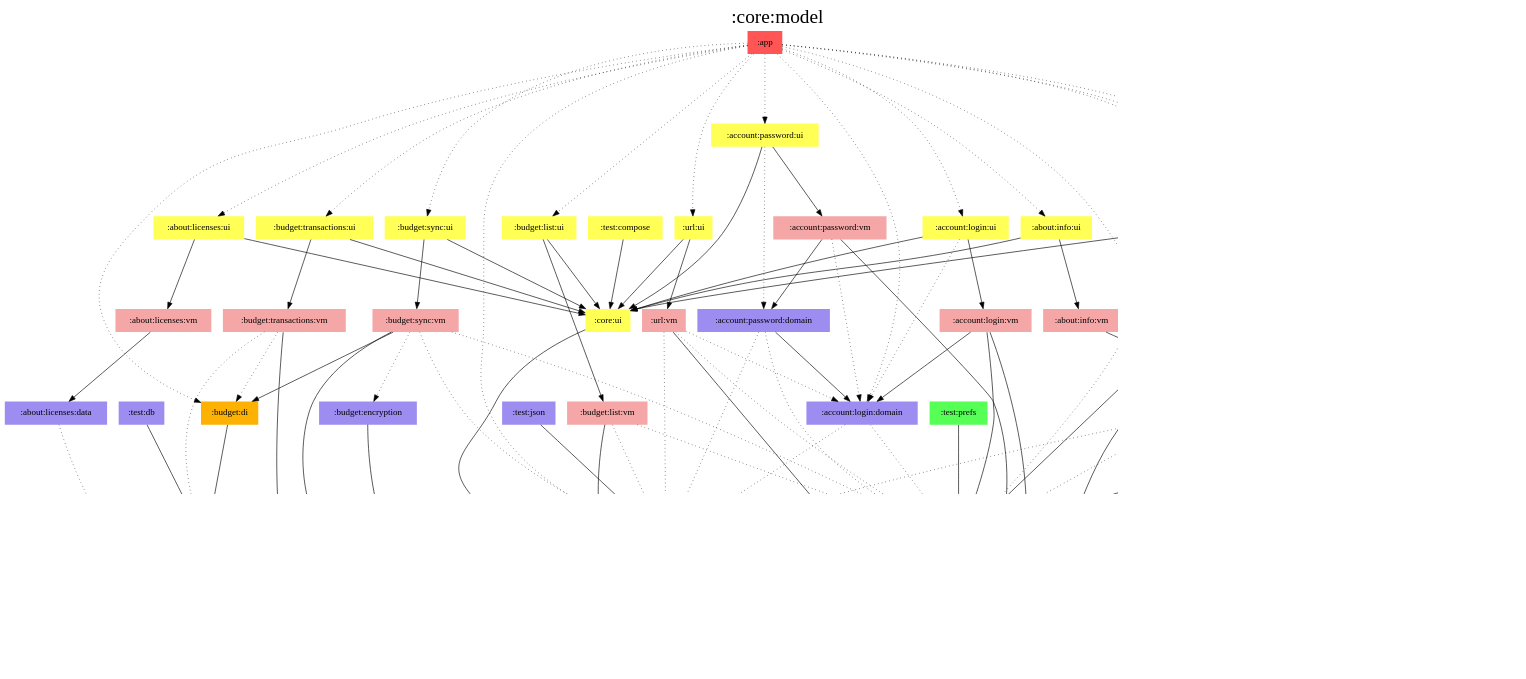
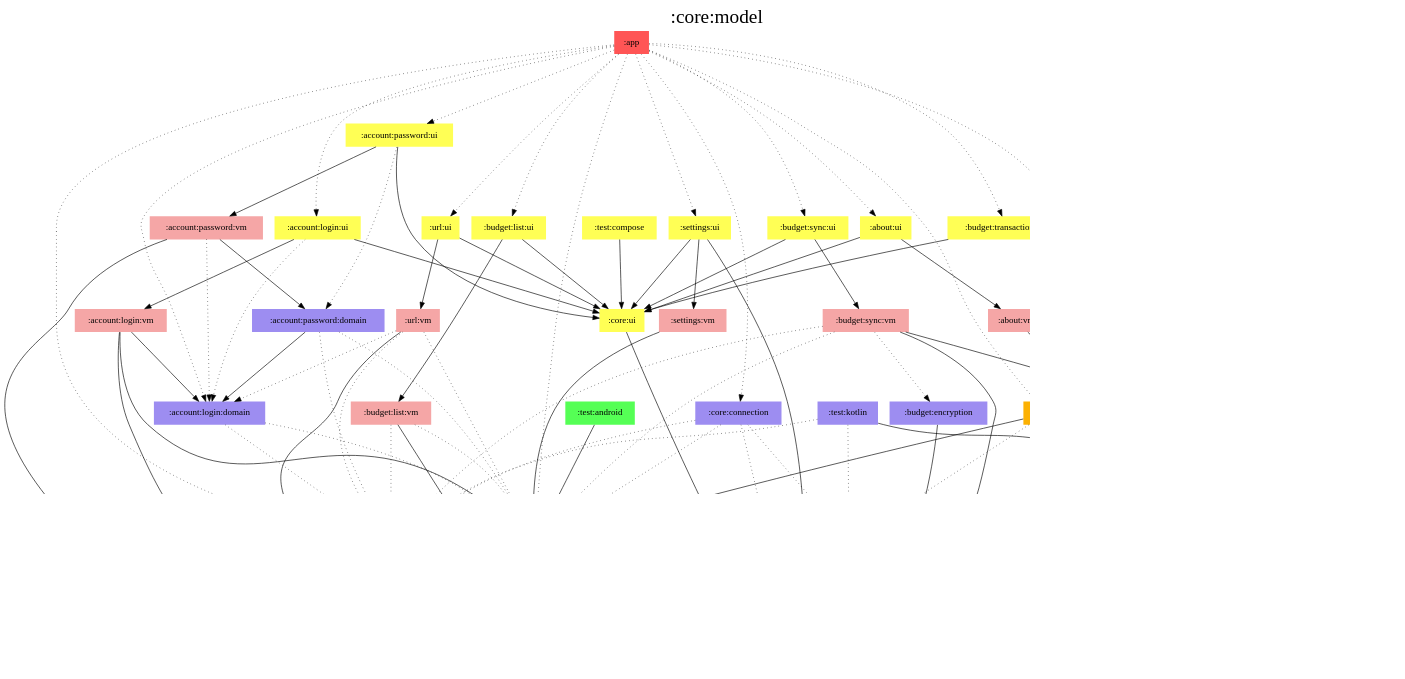
The diagram in modules/core/model/modules.dot (jonapoul/aktual), drawn with Graphviz before and after one commit. The commit also changed 217 other files, not shown here.

```diff
--- a/modules/core/model/modules.dot
+++ b/modules/core/model/modules.dot
@@ -1,152 +1,141 @@
 digraph {
 edge ["dir"="forward"]
 graph ["dpi"="100","label"=":core:model","labelloc"="t","fontsize"="30","ranksep"="1.5","rankdir"="TB"]
 node ["style"="filled"]
-":about:info:data" ["fillcolor"="#9D8DF1","shape"="none"]
-":about:info:ui" ["fillcolor"="#FFFF55","shape"="none"]
-":about:info:vm" ["fillcolor"="#F5A6A6","shape"="none"]
-":about:licenses:data" ["fillcolor"="#9D8DF1","shape"="none"]
-":about:licenses:ui" ["fillcolor"="#FFFF55","shape"="none"]
-":about:licenses:vm" ["fillcolor"="#F5A6A6","shape"="none"]
+":about:data" ["fillcolor"="#9D8DF1","shape"="none"]
+":about:ui" ["fillcolor"="#FFFF55","shape"="none"]
+":about:vm" ["fillcolor"="#F5A6A6","shape"="none"]
 ":account:login:domain" ["fillcolor"="#9D8DF1","shape"="none"]
 ":account:login:ui" ["fillcolor"="#FFFF55","shape"="none"]
 ":account:login:vm" ["fillcolor"="#F5A6A6","shape"="none"]
 ":account:password:domain" ["fillcolor"="#9D8DF1","shape"="none"]
 ":account:password:ui" ["fillcolor"="#FFFF55","shape"="none"]
 ":account:password:vm" ["fillcolor"="#F5A6A6","shape"="none"]
 ":api:actual" ["fillcolor"="#9D8DF1","shape"="none"]
 ":api:builder" ["fillcolor"="#9D8DF1","shape"="none"]
 ":api:github" ["fillcolor"="#9D8DF1","shape"="none"]
 ":app" ["fillcolor"="#FF5555","shape"="none"]
 ":budget:db" ["fillcolor"="#9D8DF1","shape"="none"]
 ":budget:di" ["fillcolor"="#FCB103","shape"="none"]
 ":budget:encryption" ["fillcolor"="#9D8DF1","shape"="none"]
 ":budget:list:ui" ["fillcolor"="#FFFF55","shape"="none"]
 ":budget:list:vm" ["fillcolor"="#F5A6A6","shape"="none"]
 ":budget:sync:ui" ["fillcolor"="#FFFF55","shape"="none"]
 ":budget:sync:vm" ["fillcolor"="#F5A6A6","shape"="none"]
 ":budget:transactions:ui" ["fillcolor"="#FFFF55","shape"="none"]
 ":budget:transactions:vm" ["fillcolor"="#F5A6A6","shape"="none"]
 ":core:connection" ["fillcolor"="#9D8DF1","shape"="none"]
 ":core:di" ["fillcolor"="#FCB103","shape"="none"]
 ":core:model" ["fillcolor"="#9D8DF1","color"="black","penwidth"="3","shape"="box"]
 ":core:ui" ["fillcolor"="#FFFF55","shape"="none"]
 ":prefs" ["fillcolor"="#9D8DF1","shape"="none"]
 ":settings:ui" ["fillcolor"="#FFFF55","shape"="none"]
 ":settings:vm" ["fillcolor"="#F5A6A6","shape"="none"]
+":test:android" ["fillcolor"="#55FF55","shape"="none"]
 ":test:compose" ["fillcolor"="#FFFF55","shape"="none"]
-":test:db" ["fillcolor"="#9D8DF1","shape"="none"]
-":test:http" ["fillcolor"="#9D8DF1","shape"="none"]
-":test:json" ["fillcolor"="#9D8DF1","shape"="none"]
-":test:prefs" ["fillcolor"="#55FF55","shape"="none"]
+":test:kotlin" ["fillcolor"="#9D8DF1","shape"="none"]
 ":url:ui" ["fillcolor"="#FFFF55","shape"="none"]
 ":url:vm" ["fillcolor"="#F5A6A6","shape"="none"]
 {
 edge ["dir"="none"]
 graph ["rank"="same"]
 ":core:model"
 }
-":about:info:data" -> ":api:github"
-":about:info:ui" -> ":about:info:vm"
-":about:info:ui" -> ":core:ui"
-":about:info:vm" -> ":about:info:data"
-":about:licenses:data" -> ":core:model" ["style"="dotted"]
-":about:licenses:ui" -> ":about:licenses:vm"
-":about:licenses:ui" -> ":core:ui"
-":about:licenses:vm" -> ":about:licenses:data"
+":about:data" -> ":api:github"
+":about:ui" -> ":about:vm"
+":about:ui" -> ":core:ui"
+":about:vm" -> ":about:data"
 ":account:login:domain" -> ":api:actual" ["style"="dotted"]
 ":account:login:domain" -> ":prefs" ["style"="dotted"]
 ":account:login:ui" -> ":account:login:domain" ["style"="dotted"]
 ":account:login:ui" -> ":account:login:vm"
 ":account:login:ui" -> ":core:ui"
 ":account:login:vm" -> ":account:login:domain"
 ":account:login:vm" -> ":core:model"
 ":account:login:vm" -> ":prefs"
 ":account:password:domain" -> ":account:login:domain"
 ":account:password:domain" -> ":api:actual" ["style"="dotted"]
 ":account:password:domain" -> ":prefs" ["style"="dotted"]
 ":account:password:ui" -> ":account:password:domain" ["style"="dotted"]
 ":account:password:ui" -> ":account:password:vm"
 ":account:password:ui" -> ":core:ui"
 ":account:password:vm" -> ":account:login:domain" ["style"="dotted"]
 ":account:password:vm" -> ":account:password:domain"
 ":account:password:vm" -> ":core:model"
 ":api:actual" -> ":core:model"
 ":api:builder" -> ":core:model"
 ":api:github" -> ":core:model"
-":app" -> ":about:info:ui" ["style"="dotted"]
-":app" -> ":about:licenses:ui" ["style"="dotted"]
+":app" -> ":about:ui" ["style"="dotted"]
 ":app" -> ":account:login:domain" ["style"="dotted"]
 ":app" -> ":account:login:ui" ["style"="dotted"]
 ":app" -> ":account:password:ui" ["style"="dotted"]
 ":app" -> ":api:actual" ["style"="dotted"]
 ":app" -> ":budget:di" ["style"="dotted"]
 ":app" -> ":budget:list:ui" ["style"="dotted"]
 ":app" -> ":budget:sync:ui" ["style"="dotted"]
 ":app" -> ":budget:transactions:ui" ["style"="dotted"]
 ":app" -> ":core:connection" ["style"="dotted"]
 ":app" -> ":core:di" ["style"="dotted"]
 ":app" -> ":prefs" ["style"="dotted"]
 ":app" -> ":settings:ui" ["style"="dotted"]
 ":app" -> ":url:ui" ["style"="dotted"]
 ":budget:db" -> ":core:model"
 ":budget:di" -> ":budget:db"
 ":budget:encryption" -> ":core:model"
 ":budget:list:ui" -> ":budget:list:vm"
 ":budget:list:ui" -> ":core:ui"
 ":budget:list:vm" -> ":api:actual" ["style"="dotted"]
 ":budget:list:vm" -> ":core:model"
 ":budget:list:vm" -> ":prefs" ["style"="dotted"]
 ":budget:sync:ui" -> ":budget:sync:vm"
 ":budget:sync:ui" -> ":core:ui"
 ":budget:sync:vm" -> ":api:actual" ["style"="dotted"]
 ":budget:sync:vm" -> ":budget:di"
 ":budget:sync:vm" -> ":budget:encryption" ["style"="dotted"]
 ":budget:sync:vm" -> ":core:model"
 ":budget:sync:vm" -> ":prefs" ["style"="dotted"]
 ":budget:transactions:ui" -> ":budget:transactions:vm"
 ":budget:transactions:ui" -> ":core:ui"
 ":budget:transactions:vm" -> ":budget:db" ["style"="dotted"]
 ":budget:transactions:vm" -> ":budget:di" ["style"="dotted"]
 ":budget:transactions:vm" -> ":core:model"
 ":core:connection" -> ":api:actual" ["style"="dotted"]
 ":core:connection" -> ":api:builder" ["style"="dotted"]
 ":core:connection" -> ":core:model" ["style"="dotted"]
 ":core:connection" -> ":prefs" ["style"="dotted"]
 ":core:di" -> ":api:builder" ["style"="dotted"]
 ":core:di" -> ":api:github"
 ":core:di" -> ":core:model"
 ":core:di" -> ":prefs"
 ":core:ui" -> ":core:model"
 ":prefs" -> ":core:model"
 ":settings:ui" -> ":core:model"
 ":settings:ui" -> ":core:ui"
 ":settings:ui" -> ":settings:vm"
 ":settings:vm" -> ":prefs"
+":test:android" -> ":prefs"
 ":test:compose" -> ":core:ui"
-":test:db" -> ":budget:db"
-":test:http" -> ":api:builder" ["style"="dotted"]
-":test:http" -> ":core:model"
-":test:json" -> ":api:actual"
-":test:prefs" -> ":prefs"
+":test:kotlin" -> ":api:actual" ["style"="dotted"]
+":test:kotlin" -> ":api:builder" ["style"="dotted"]
+":test:kotlin" -> ":budget:db"
 ":url:ui" -> ":core:ui"
 ":url:ui" -> ":url:vm"
 ":url:vm" -> ":account:login:domain" ["style"="dotted"]
 ":url:vm" -> ":api:actual" ["style"="dotted"]
 ":url:vm" -> ":core:model"
 ":url:vm" -> ":prefs" ["style"="dotted"]
 subgraph "cluster_legend" {
 edge ["dir"="none"]
 graph ["label"="Legend","fontsize"="20"]
 "Legend" ["style"="filled","fillcolor"="#FFFFFF","shape"="none","margin"="0","fontsize"="15","label"=<
 <TABLE BORDER="0" CELLBORDER="0" CELLSPACING="0" CELLPADDING="4">
 <TR><TD>App</TD><TD BGCOLOR="#FF5555">module-name</TD></TR>
 <TR><TD>ViewModel</TD><TD BGCOLOR="#F5A6A6">module-name</TD></TR>
 <TR><TD>Hilt</TD><TD BGCOLOR="#FCB103">module-name</TD></TR>
 <TR><TD>Compose</TD><TD BGCOLOR="#FFFF55">module-name</TD></TR>
 <TR><TD>Android</TD><TD BGCOLOR="#55FF55">module-name</TD></TR>
 <TR><TD>Multiplatform</TD><TD BGCOLOR="#9D8DF1">module-name</TD></TR>
 </TABLE>
 >]
 } -> ":core:model" ["style"="invis"]
 }
```
